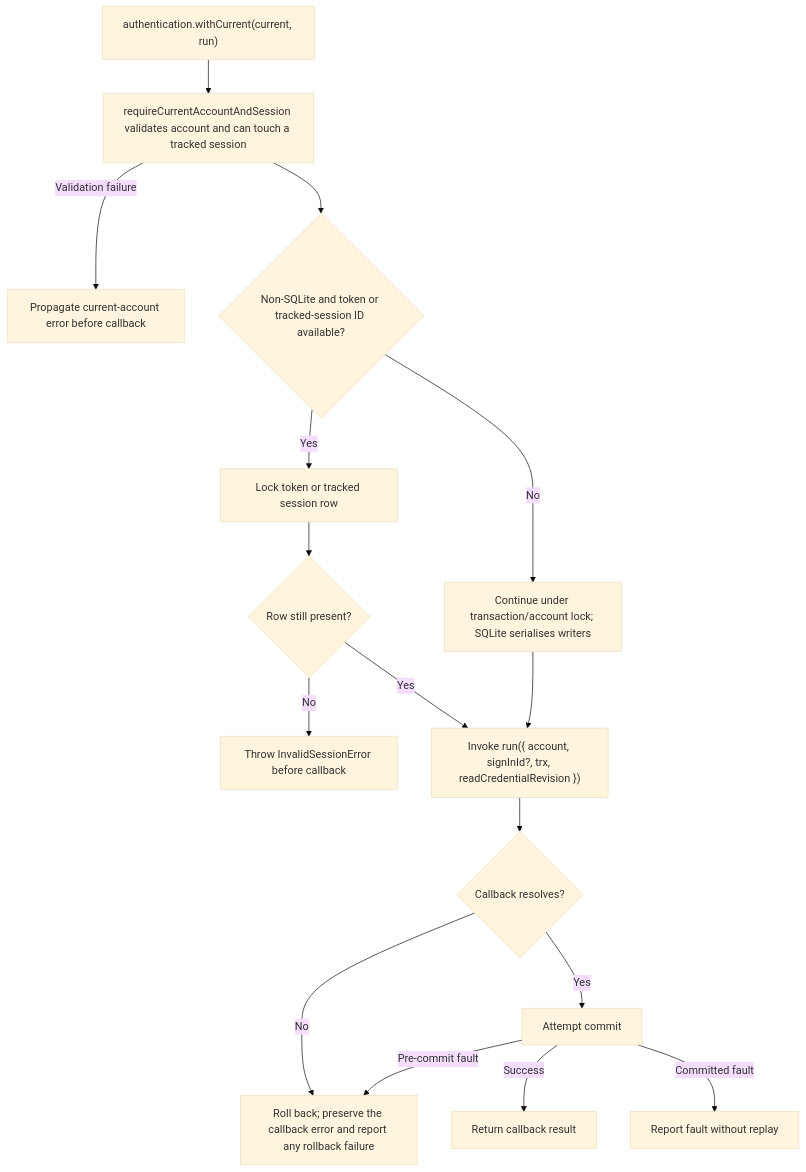
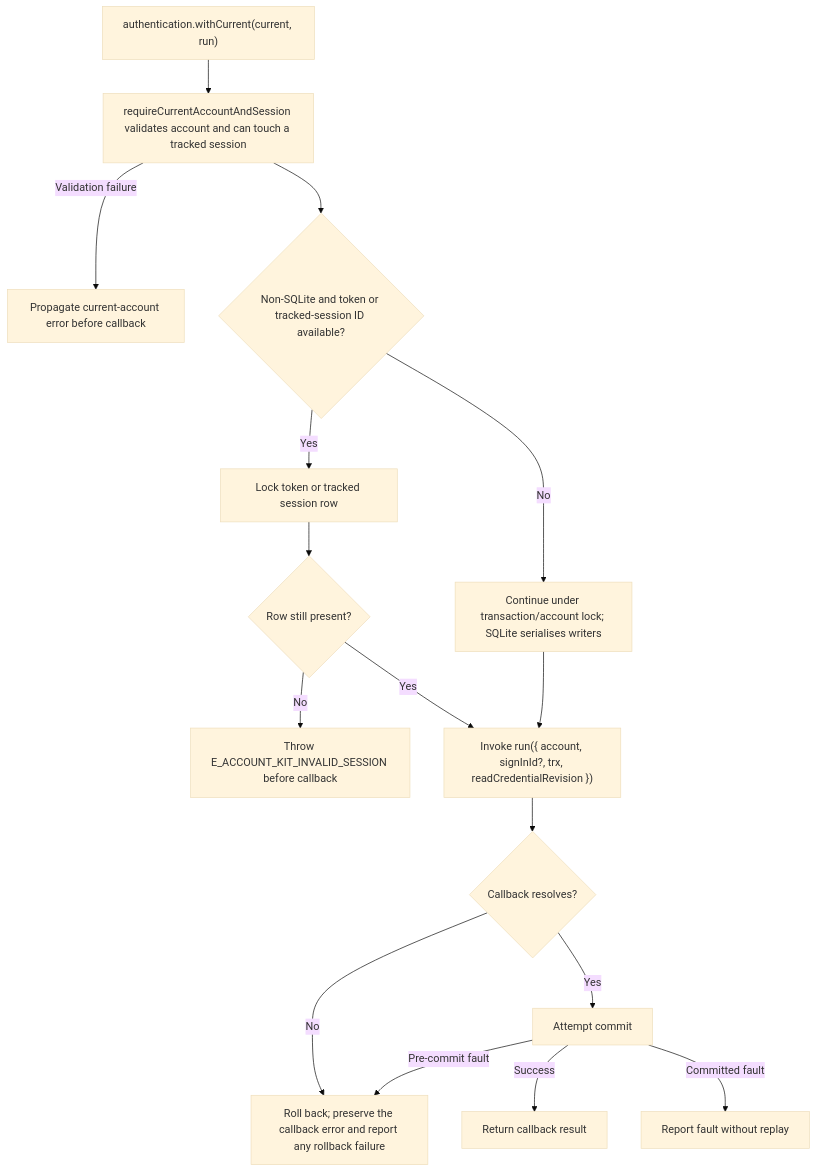
One commit to Kevinjohn/oss-adonisjs-account-kit changed the second of 2 diagrams in user-stories/US-ACCOUNT-41-guard-host-write-with-current.md. Above: the diagram before and after it, drawn with Mermaid (base theme). The commit also changed 362 other files, not shown here.

````diff
--- a/user-stories/US-ACCOUNT-41-guard-host-write-with-current.md
+++ b/user-stories/US-ACCOUNT-41-guard-host-write-with-current.md
@@ -36,18 +36,18 @@
 ```mermaid
 flowchart TD
  A["authentication.withCurrent(current, run)"] --> B["requireCurrentAccountAndSession validates account and can touch a tracked session"]
  B -->|Validation failure| V0["Propagate current-account error before callback"]
  B --> C{"Non-SQLite and token or tracked-session ID available?"}
  C -->|Yes| D["Lock token or tracked session row"]
  D --> V{"Row still present?"}
- V -->|No| X["Throw InvalidSessionError before callback"]
+ V -->|No| X["Throw E_ACCOUNT_KIT_INVALID_SESSION before callback"]
  C -->|No| E["Continue under transaction/account lock; SQLite serialises writers"]
  V -->|Yes| F["Invoke run({ account, signInId?, trx, readCredentialRevision })"]
  E --> F
  F --> G{"Callback resolves?"}
  G -->|No| H["Roll back; preserve the callback error and report any rollback failure"]
  G -->|Yes| I["Attempt commit"]
  I -->|Success| U["Return callback result"]
  I -->|Pre-commit fault| H
  I -->|Committed fault| J["Report fault without replay"]
 ```
````
